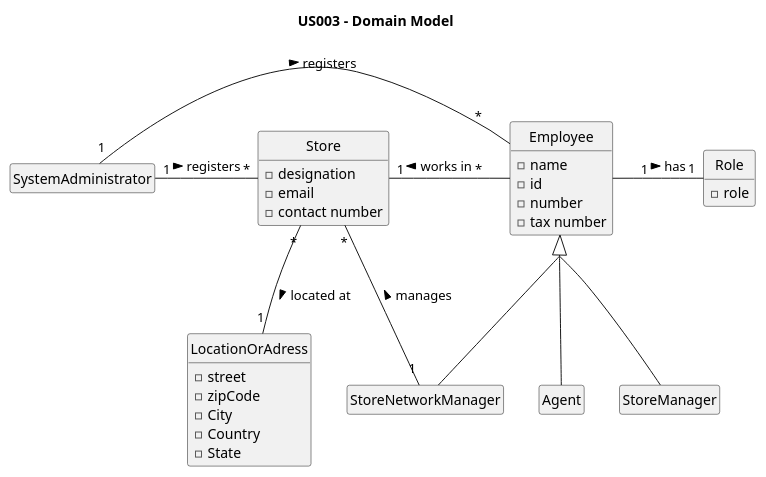
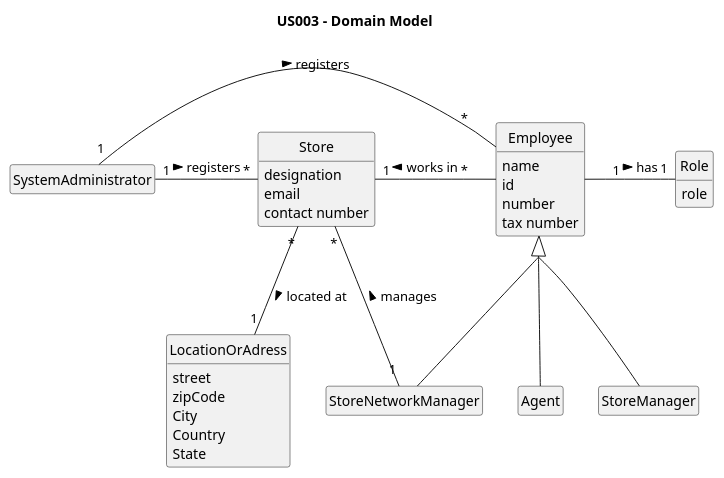
One commit to PureNimble/ISEP-LAPR2 changed the diagram in docs/sprintA/US03/02.analysis/puml/us03-domain-model.puml. Above: the diagram before and after it, drawn with PlantUML. The commit also changed 1 other file, not shown here.

```diff
--- a/docs/sprintA/US03/02.analysis/puml/us03-domain-model.puml
+++ b/docs/sprintA/US03/02.analysis/puml/us03-domain-model.puml
@@ -1,77 +1,77 @@
 @startuml
 'https://plantuml.com/class-diagram
 
 title US003 - Domain Model
 
 skinparam monochrome true
 skinparam packageStyle rectangle
 skinparam shadowing false
 hide empty members
 skinparam groupInheritance 3
 hide circle
 
 class SystemAdministrator
 
 class Employee
 
 class Role
 
 class SystemAdministrator
 
 class Agent
 
 class StoreManager
 
 class StoreNetworkManager
 
 class Store
 
 class LocationOrAdress
 
 class Role{
--role
+role
 }
 
 class Store{
--designation
--email
--contact number
+designation
+email
+contact number
 }
 
 class LocationOrAdress{
--street
--zipCode
--City
--Country
--State
+street
+zipCode
+City
+Country
+State
 }
 
 class SystemAdministrator{
 }
 
 class Employee{
--name
--id
--number
--tax number
+name
+id
+number
+tax number
 }
 
 SystemAdministrator "1" - "*" Store : registers >
 
 Store "*" -- "1" LocationOrAdress : located at >
 
 Store "1" - "*" Employee : works in <
 
 SystemAdministrator "1" - "*" Employee : registers >
 
 Employee "1" - "1" Role : has >
 
 Employee <|--  StoreNetworkManager
 
 Employee <|--  StoreManager
 
 Employee <|-- Agent
 
 StoreNetworkManager "1" - "*" Store : manages >
 
 @enduml
```
